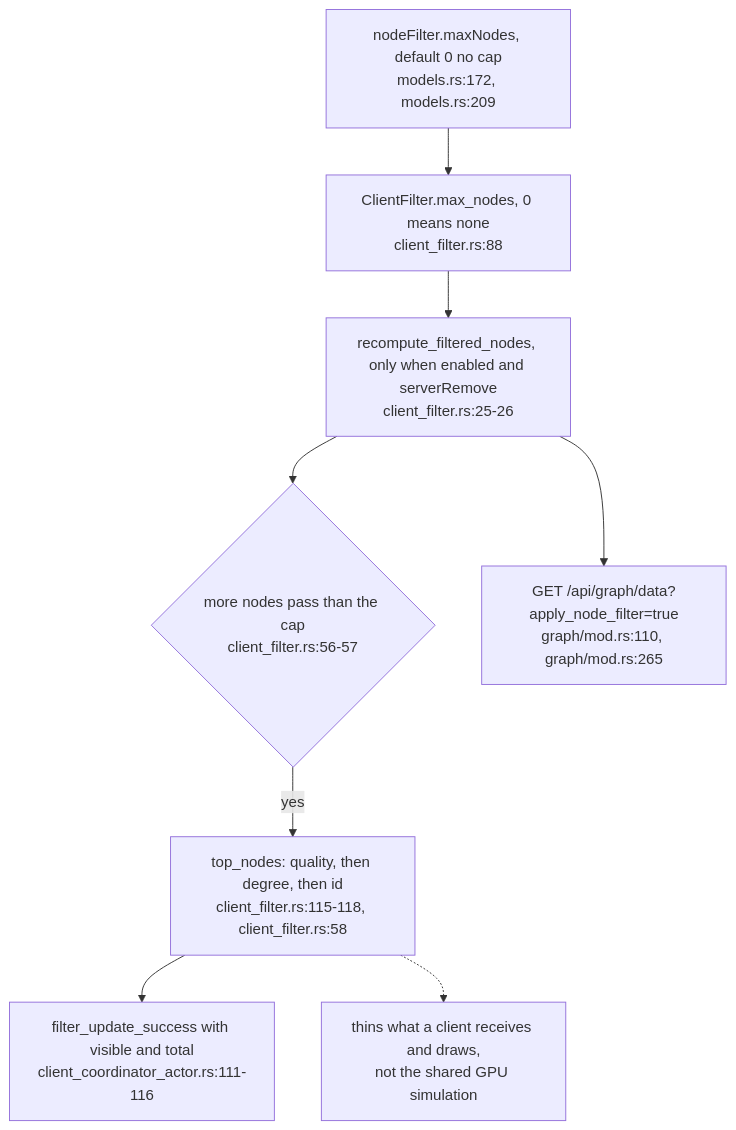
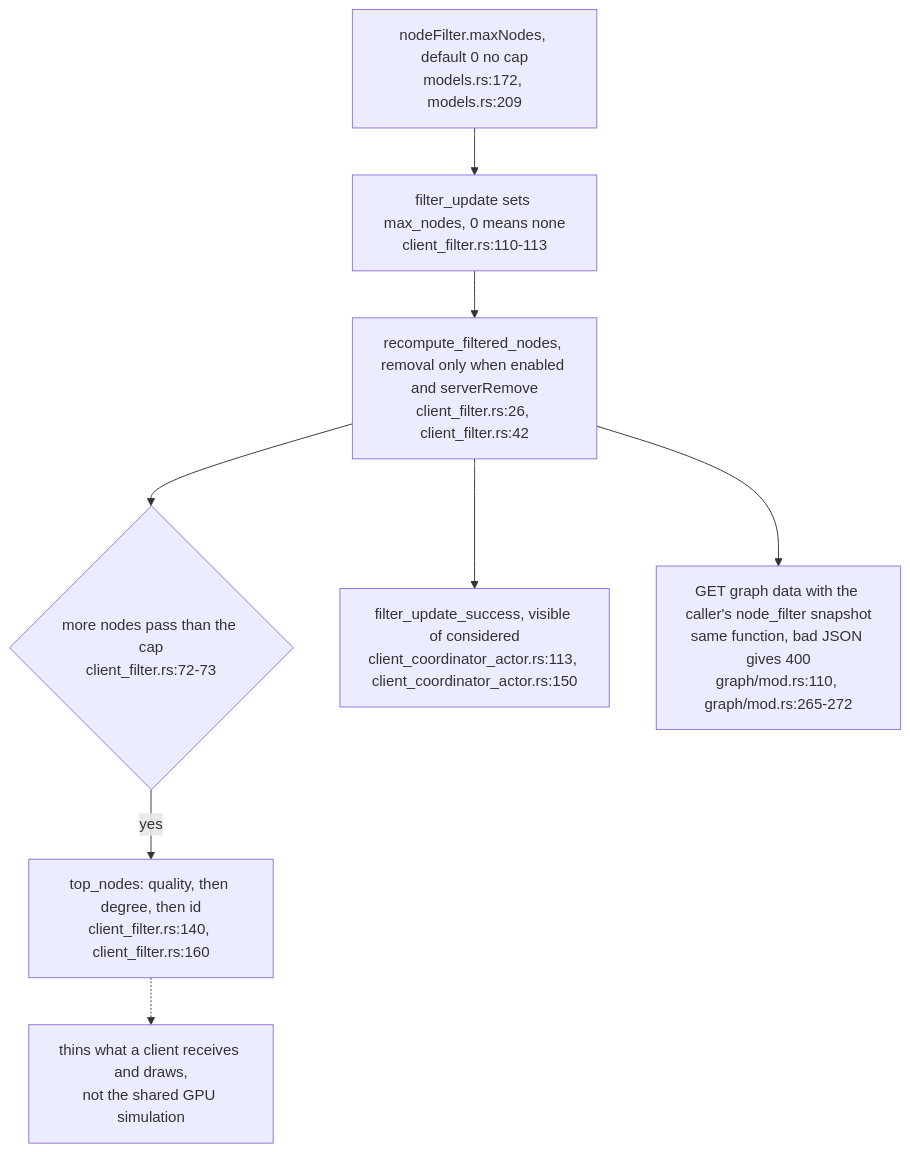
Before and after one commit to DreamLab-AI/VisionFlow: the third of 3 diagrams in docs/diagrams/visionclaw/61-reasoner-and-node-thinning-switches.md, drawn with Mermaid. The commit also changed other lines of this file and 3 other files, not shown here.

First line of the commit message:
docs(diagrams): roll VC-58..61 to visionclaw main 010e1109b (PR 37 and 38 merged)

````diff
--- a/docs/diagrams/visionclaw/61-reasoner-and-node-thinning-switches.md
+++ b/docs/diagrams/visionclaw/61-reasoner-and-node-thinning-switches.md
@@ -74,10 +74,10 @@
 ```mermaid
 flowchart TB
-    NF["nodeFilter.maxNodes, default 0 no cap<br/>models.rs:172, models.rs:209"] --> CF["ClientFilter.max_nodes, 0 means none<br/>client_filter.rs:88"]
-    CF --> REC["recompute_filtered_nodes, only when enabled and serverRemove<br/>client_filter.rs:25-26"]
-    REC --> CAP{"more nodes pass than the cap<br/>client_filter.rs:56-57"}
-    CAP -->|"yes"| TOP["top_nodes: quality, then degree, then id<br/>client_filter.rs:115-118, client_filter.rs:58"]
-    TOP --> COUNT["filter_update_success with visible and total<br/>client_coordinator_actor.rs:111-116"]
-    REC --> REST["GET /api/graph/data?apply_node_filter=true<br/>graph/mod.rs:110, graph/mod.rs:265"]
+    NF["nodeFilter.maxNodes, default 0 no cap<br/>models.rs:172, models.rs:209"] --> CF["filter_update sets max_nodes, 0 means none<br/>client_filter.rs:110-113"]
+    CF --> REC["recompute_filtered_nodes, removal only when enabled and serverRemove<br/>client_filter.rs:26, client_filter.rs:42"]
+    REC --> CAP{"more nodes pass than the cap<br/>client_filter.rs:72-73"}
+    CAP -->|"yes"| TOP["top_nodes: quality, then degree, then id<br/>client_filter.rs:140, client_filter.rs:160"]
+    REC --> COUNT["filter_update_success, visible of considered<br/>client_coordinator_actor.rs:113, client_coordinator_actor.rs:150"]
+    REC --> REST["GET graph data with the caller's node_filter snapshot<br/>same function, bad JSON gives 400<br/>graph/mod.rs:110, graph/mod.rs:265-272"]
     TOP -.-> SCOPE["thins what a client receives and draws,<br/>not the shared GPU simulation"]
 ```
````
